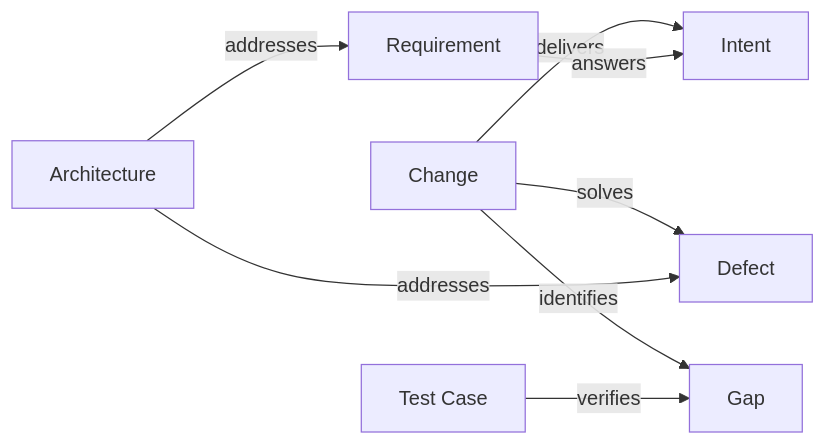
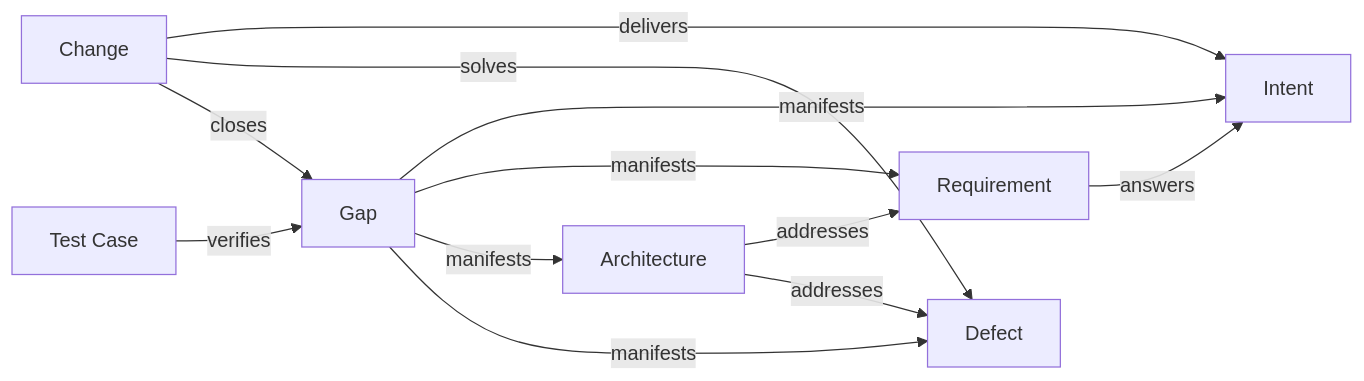
One commit to Kai-Hacks-AI/KAAL changed the diagram in engineering/metamodel/views/plan.md. Above: the diagram before and after it, drawn with Mermaid. The commit also changed other lines of this file and 6 other files, not shown here.

First line of the commit message:
DO: Change closes Gap, Gap manifests in a target object, snapshot plus moves (release/C71)

````diff
--- a/engineering/metamodel/views/plan.md
+++ b/engineering/metamodel/views/plan.md
@@ -14,10 +14,14 @@
 ```mermaid
 flowchart LR
   Change -->|delivers| Intent
   Change -->|solves| Defect
   Requirement -->|answers| Intent
   Architecture -->|addresses| Requirement
   Architecture -->|addresses| Defect
-  Change -->|identifies| Gap
+  Change -->|closes| Gap
+  Gap -->|manifests| Intent
+  Gap -->|manifests| Requirement
+  Gap -->|manifests| Architecture
+  Gap -->|manifests| Defect
   TestCase["Test Case"] -->|verifies| Gap
 ```
````
